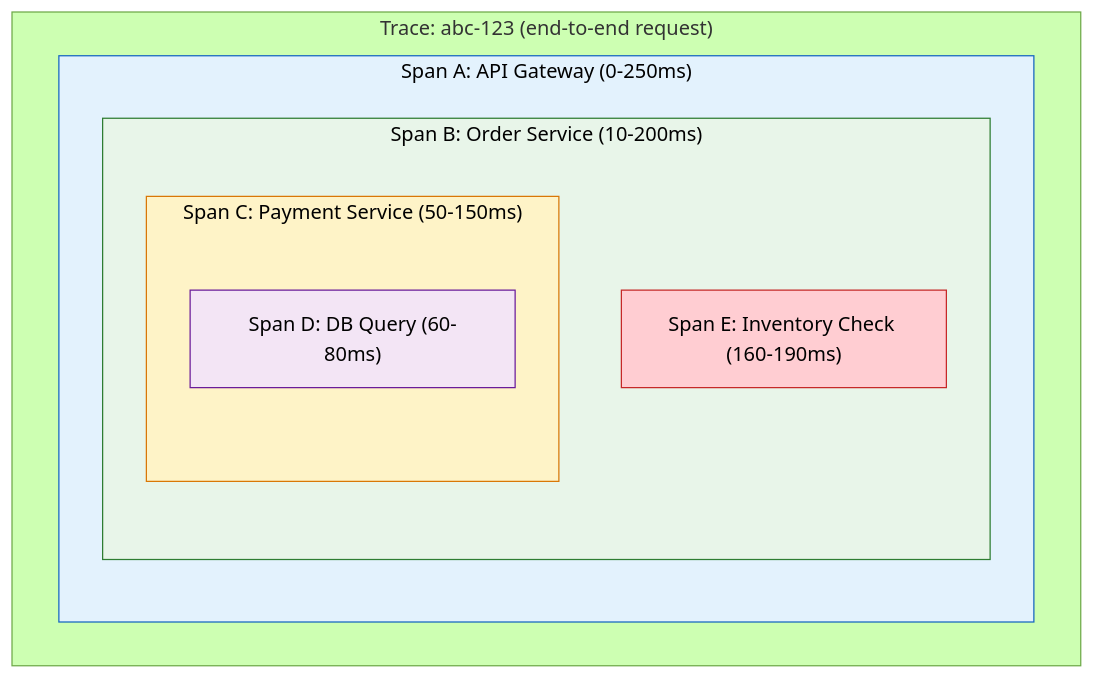
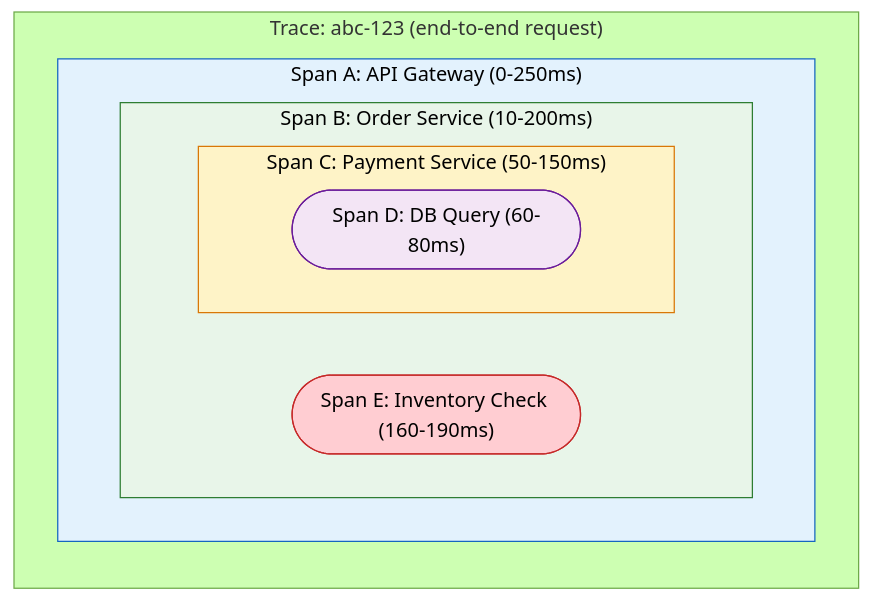
The fourth of 7 diagrams in docs/microservices/logging-monitoring.md (saivamsikaruturi/vamsilabs-dev-notes-main), drawn with Mermaid (forest theme) before and after one commit. The commit also changed other lines of this file and 146 other files, not shown here.

Commit message:
Horizontal diagrams, UML class diagrams, typography overhaul, and permalink cleanup

````diff
--- a/docs/microservices/logging-monitoring.md
+++ b/docs/microservices/logging-monitoring.md
@@ -250,19 +250,19 @@
 ```mermaid
-flowchart TD
+flowchart LR
     subgraph Trace["Trace: abc-123 (end-to-end request)"]
         subgraph Span1["Span A: API Gateway (0-250ms)"]
             subgraph Span2["Span B: Order Service (10-200ms)"]
                 subgraph Span3["Span C: Payment Service (50-150ms)"]
-                    Span4["Span D: DB Query (60-80ms)"]
+                    Span4(["Span D: DB Query (60-80ms)"])
                 end
-                Span5["Span E: Inventory Check (160-190ms)"]
+                Span5(["Span E: Inventory Check (160-190ms)"])
             end
         end
     end
 
     style Span1 fill:#E3F2FD,stroke:#1565C0,color:#000
     style Span2 fill:#E8F5E9,stroke:#2E7D32,color:#000
     style Span3 fill:#FEF3C7,stroke:#D97706,color:#000
     style Span4 fill:#F3E5F5,stroke:#6A1B9A,color:#000
     style Span5 fill:#FFCDD2,stroke:#C62828,color:#000
 ```
````
